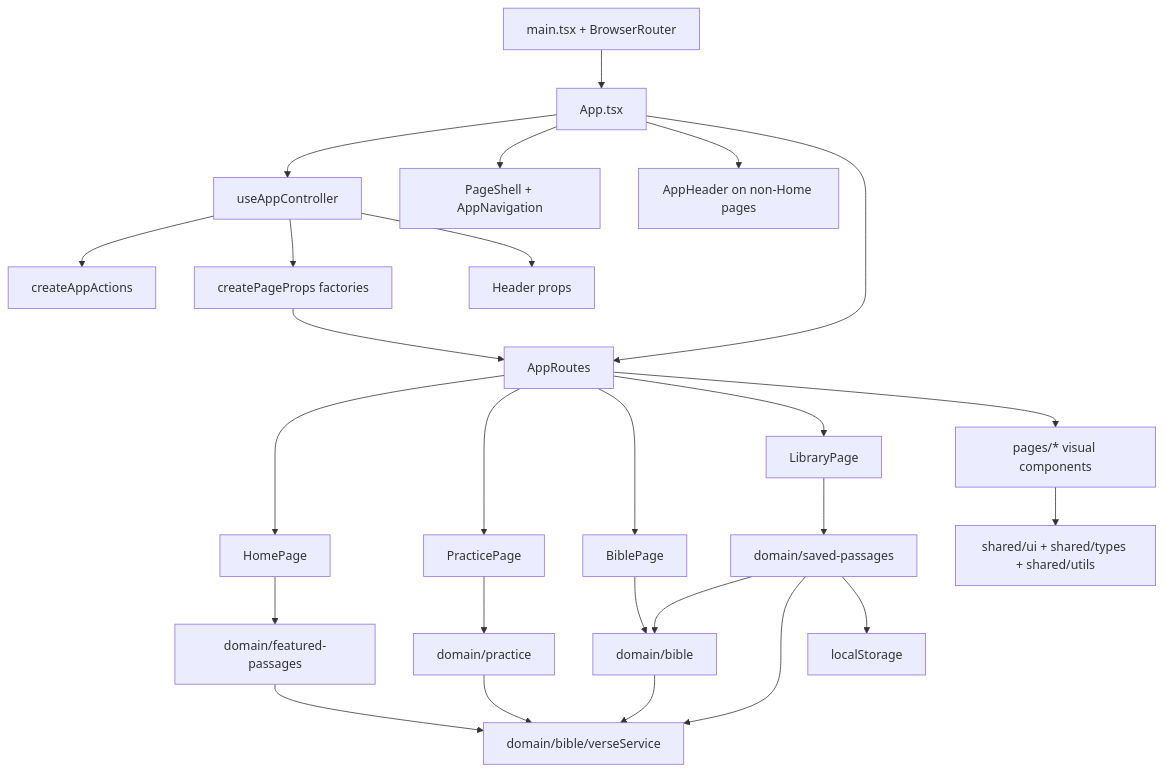
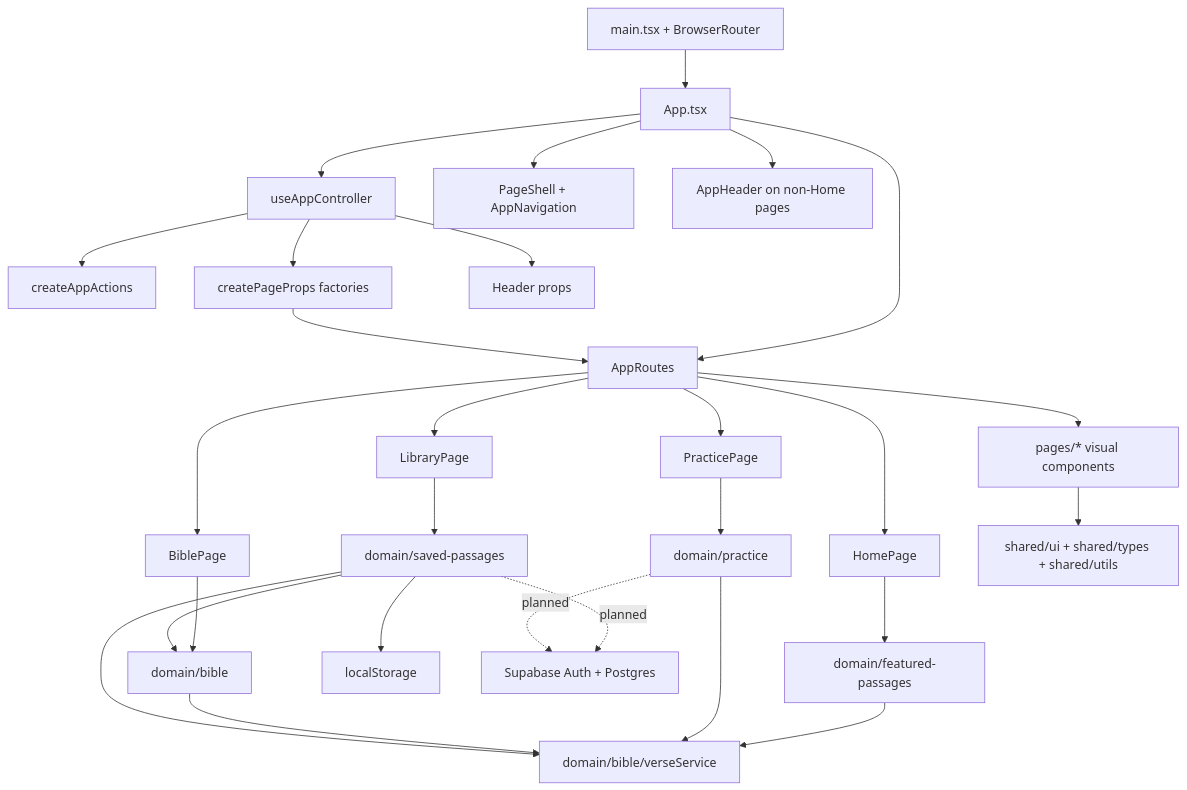
Before and after one commit to eirikenriquez/The-Word-per-Minute: the diagram in docs/documentation.md, drawn with Mermaid. The commit also changed other lines of this file and 1 other file, not shown here.

Commit message:
Document Supabase backend plan

````diff
--- a/docs/documentation.md
+++ b/docs/documentation.md
@@ -572,28 +700,30 @@
 ```mermaid
 flowchart TD
   main["main.tsx + BrowserRouter"] --> app["App.tsx"]
   app --> controller["useAppController"]
   app --> shell["PageShell + AppNavigation"]
   controller --> actions["createAppActions"]
   controller --> pageProps["createPageProps factories"]
   controller --> headerProps["Header props"]
   app --> header["AppHeader on non-Home pages"]
   app --> routes["AppRoutes"]
   pageProps --> routes
   routes --> home["HomePage"]
   routes --> practice["PracticePage"]
   routes --> bible["BiblePage"]
   routes --> library["LibraryPage"]
   home --> featured["domain/featured-passages"]
   practice --> practiceDomain["domain/practice"]
   bible --> bibleDomain["domain/bible"]
   library --> savedDomain["domain/saved-passages"]
   savedDomain --> bibleDomain
   featured --> verseService["domain/bible/verseService"]
   practiceDomain --> verseService
   bibleDomain --> verseService
   savedDomain --> verseService
   savedDomain --> localStorage["localStorage"]
+  savedDomain -. planned .-> supabase["Supabase Auth + Postgres"]
+  practiceDomain -. planned .-> supabase
   routes --> pageUi["pages/* visual components"]
   pageUi --> shared["shared/ui + shared/types + shared/utils"]
 ```
````
